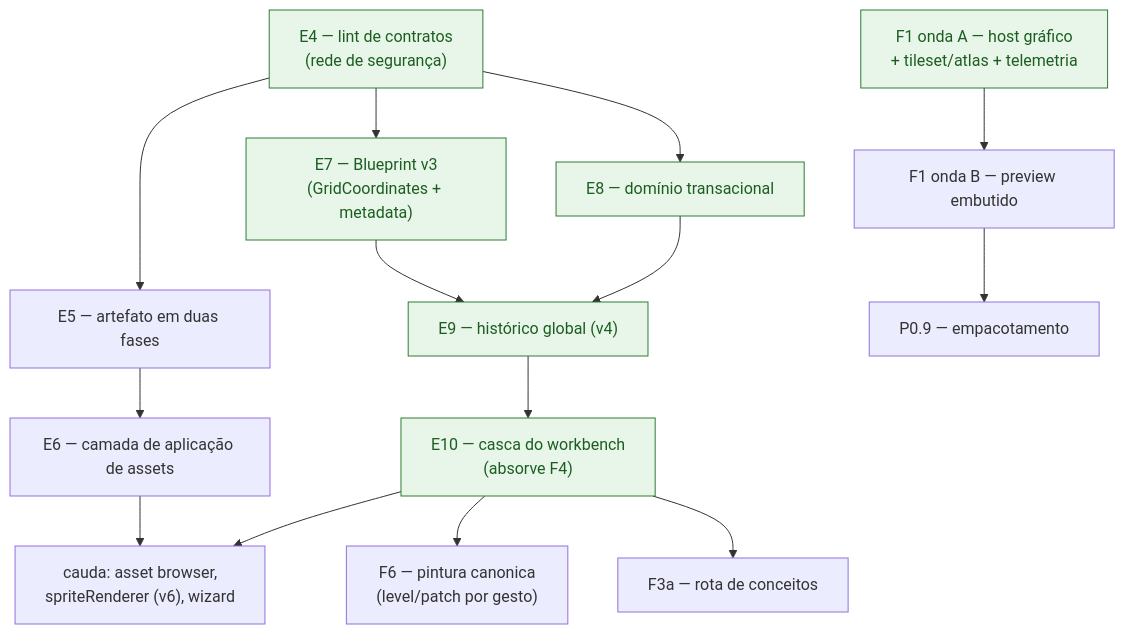
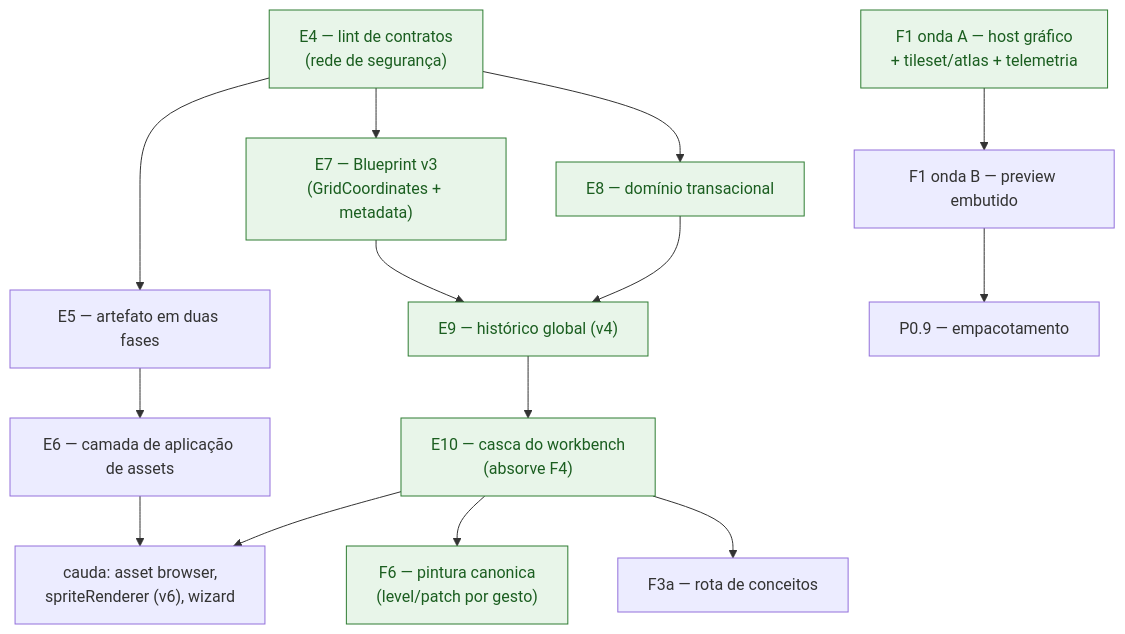
Before and after one commit to flaviotinococoutinho/Gridsmith: the diagram in docs/DEVELOPMENT-PLAN.md, drawn with Mermaid. The commit also changed other lines of this file and 11 other files, not shown here.

````diff
--- a/docs/DEVELOPMENT-PLAN.md
+++ b/docs/DEVELOPMENT-PLAN.md
@@ -288,18 +296,18 @@
 ```mermaid
 flowchart TD
   E4["E4 — lint de contratos<br/>(rede de segurança)"] --> E5["E5 — artefato em duas fases"]
   E4 --> E7["E7 — Blueprint v3<br/>(GridCoordinates + metadata)"]
   E4 --> E8["E8 — domínio transacional"]
   E5 --> E6["E6 — camada de aplicação de assets"]
   E7 --> E9["E9 — histórico global (v4)"]
   E8 --> E9
   E9 --> E10["E10 — casca do workbench<br/>(absorve F4)"]
   E10 --> F6["F6 — pintura canonica<br/>(level/patch por gesto)"]
   E10 --> F3a["F3a — rota de conceitos"]
   E6 --> CAUDA["cauda: asset browser,<br/>spriteRenderer (v6), wizard"]
   E10 --> CAUDA
   F1A["F1 onda A — host gráfico<br/>+ tileset/atlas + telemetria"] --> F1B["F1 onda B — preview embutido"]
   F1B --> P09["P0.9 — empacotamento"]
   classDef entregue fill:#e8f5e9,stroke:#2e7d32,color:#1b5e20
-  class E4,E7,E8,E9,E10,F1A entregue
+  class E4,E7,E8,E9,E10,F1A,F6 entregue
 ```
````
